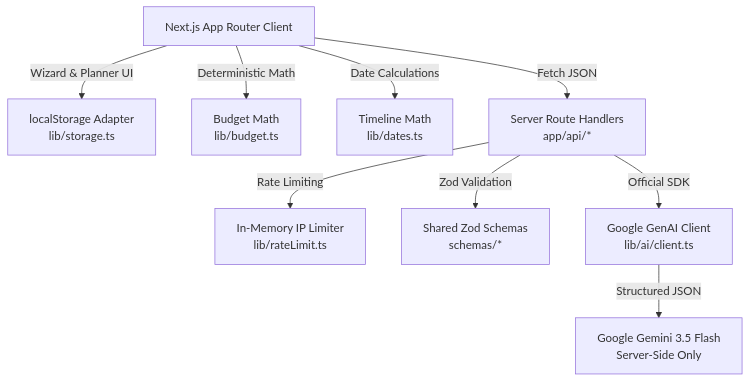
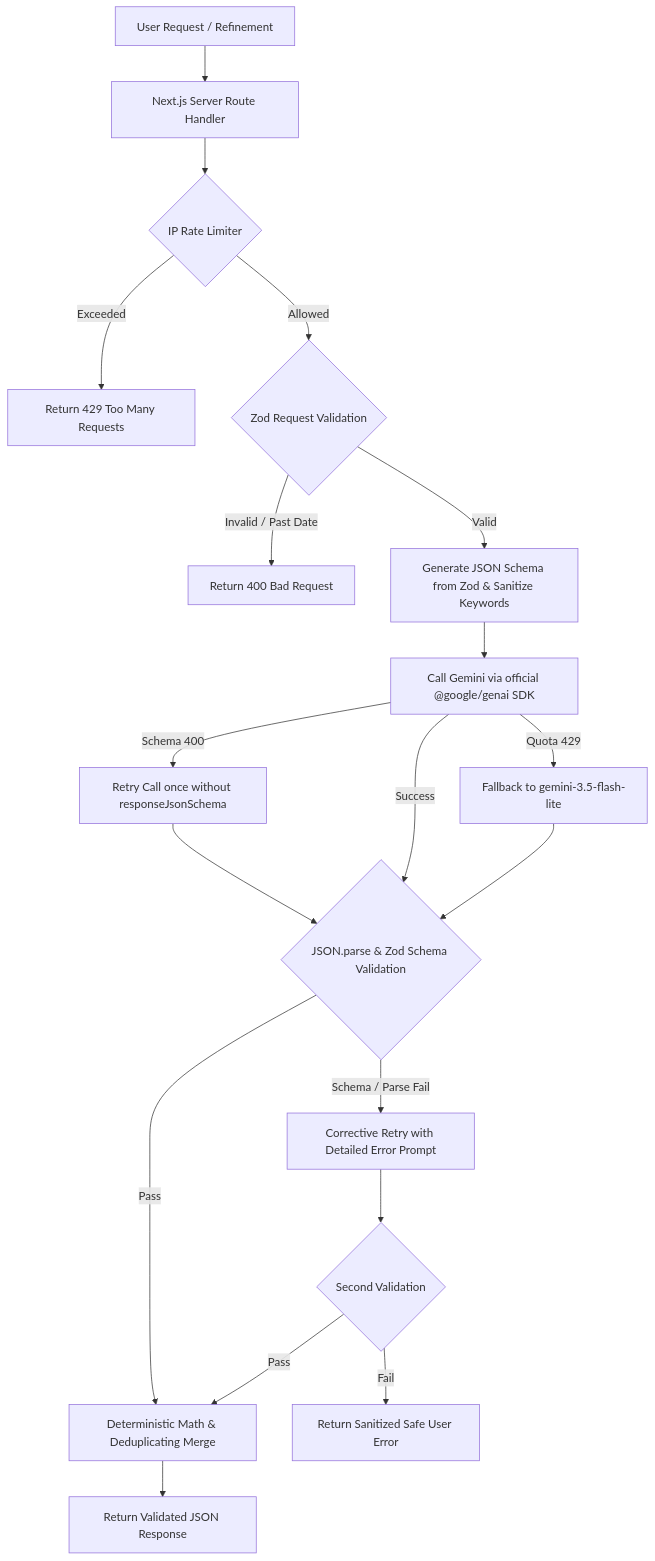
The diagram in README.md (SVG700/Utsava), drawn with Mermaid before and after one commit. The commit also changed other lines of this file and 1 other file, not shown here.

````diff
--- a/README.md
+++ b/README.md
@@ -40,11 +122,21 @@
 ```mermaid
 flowchart TD
-    Client[Next.js App Router Client] -->|Wizard & Planner UI| Storage[localStorage Adapter<br/>lib/storage.ts]
-    Client -->|Deterministic Math| BudgetLib[Budget Math<br/>lib/budget.ts]
-    Client -->|Date Calculations| DatesLib[Timeline Math<br/>lib/dates.ts]
-    Client -->|Fetch JSON| ServerRoutes[Server Route Handlers<br/>app/api/*]
-    ServerRoutes -->|Rate Limiting| RateLimiter[In-Memory IP Limiter<br/>lib/rateLimit.ts]
-    ServerRoutes -->|Zod Validation| ZodSchemas[Shared Zod Schemas<br/>schemas/*]
-    ServerRoutes -->|Official SDK| GenAIClient[Google GenAI Client<br/>lib/ai/client.ts]
-    GenAIClient -->|Structured JSON| GeminiModel[Google Gemini 3.5 Flash<br/>Server-Side Only]
+    UserReq[User Request / Refinement] --> Route[Next.js Server Route Handler]
+    Route --> RateCheck{IP Rate Limiter}
+    RateCheck -->|Exceeded| Err429[Return 429 Too Many Requests]
+    RateCheck -->|Allowed| ReqVal{Zod Request Validation}
+    ReqVal -->|Invalid / Past Date| Err400[Return 400 Bad Request]
+    ReqVal -->|Valid| SchemaPrep[Generate JSON Schema from Zod & Sanitize Keywords]
+    SchemaPrep --> PrimaryAI[Call Gemini via official @google/genai SDK]
+    PrimaryAI -->|Quota 429| FallbackAI[Fallback to gemini-3.5-flash-lite]
+    PrimaryAI -->|Schema 400| RetryNoSchema[Retry Call once without responseJsonSchema]
+    FallbackAI --> ParseVerify{JSON.parse & Zod Schema Validation}
+    PrimaryAI -->|Success| ParseVerify
+    RetryNoSchema --> ParseVerify
+    ParseVerify -->|Schema / Parse Fail| CorrectiveRetry[Corrective Retry with Detailed Error Prompt]
+    CorrectiveRetry --> ParseVerify2{Second Validation}
+    ParseVerify2 -->|Pass| DeterministicMerge[Deterministic Math & Deduplicating Merge]
+    ParseVerify2 -->|Fail| ErrSanitized[Return Sanitized Safe User Error]
+    ParseVerify -->|Pass| DeterministicMerge
+    DeterministicMerge --> Response[Return Validated JSON Response]
 ```
````
